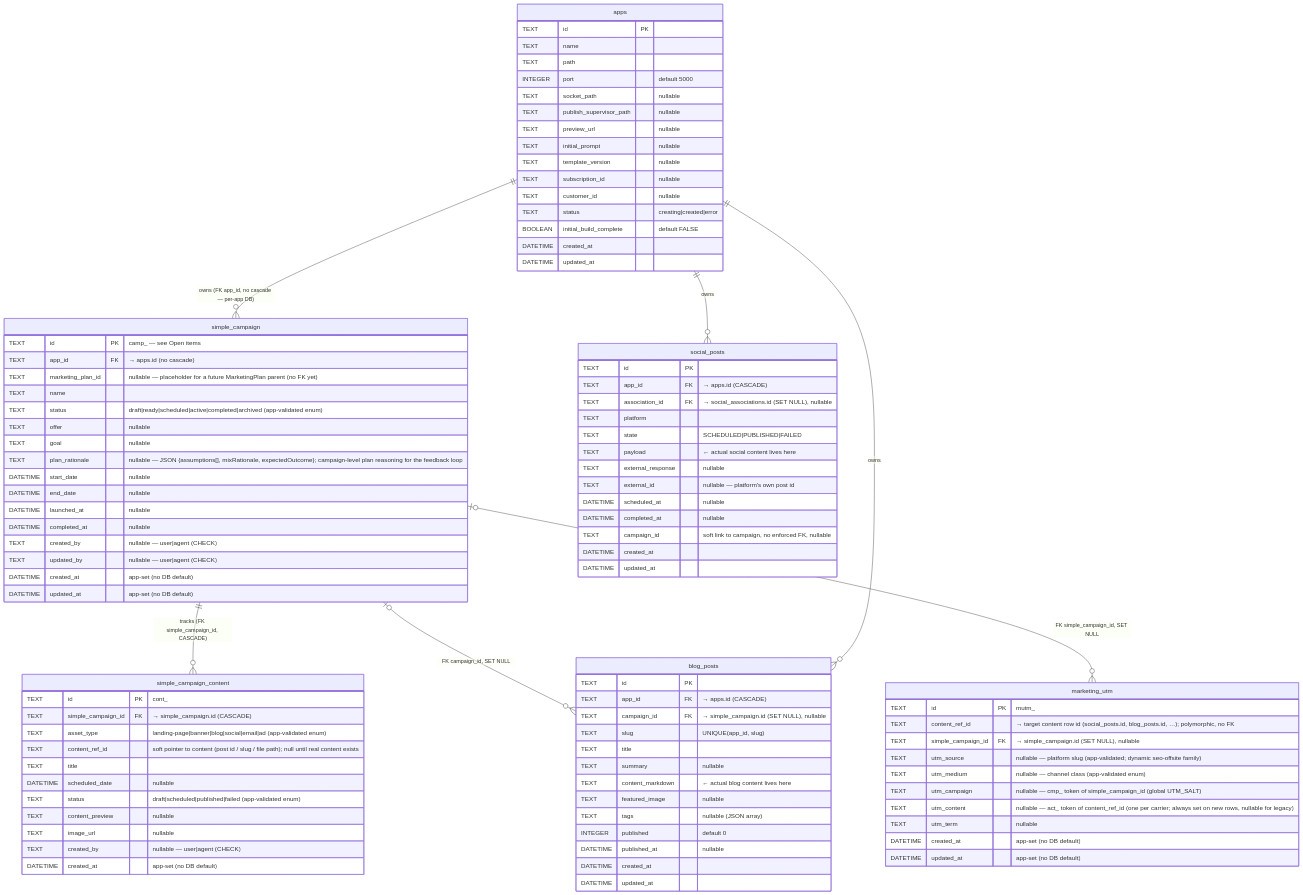
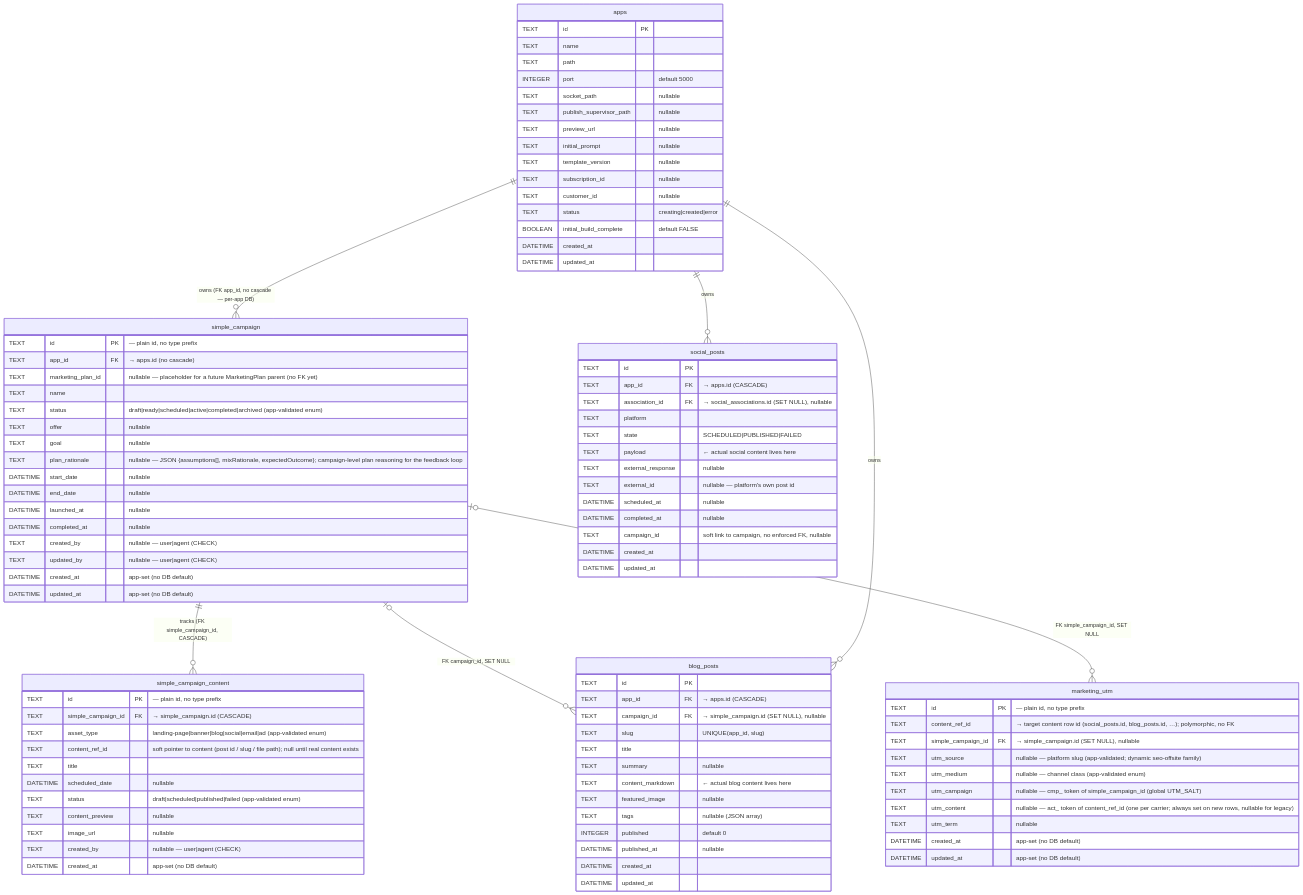
One commit to hsharif-godaddy/hackathon2026 changed the diagram in docs/marketing/campaigns/data-model.md. Above: the diagram before and after it, drawn with Mermaid. The commit also changed other lines of this file and 6 other files, not shown here.

First line of the commit message:
[RUBICON-443] : Use plain ids for campaign tables (drop camp_/cont_/mutm_ prefixes) (#5657)

```diff
--- a/docs/marketing/campaigns/data-model.md
+++ b/docs/marketing/campaigns/data-model.md
@@ -66,7 +66,7 @@
     }
 
     simple_campaign {
-        TEXT id PK "camp_<nanoid> — see Open items"
+        TEXT id PK "<nanoid(12)> — plain id, no type prefix"
         TEXT app_id FK "→ apps.id (no cascade)"
         TEXT marketing_plan_id "nullable — placeholder for a future MarketingPlan parent (no FK yet)"
         TEXT name
@@ -85,7 +85,7 @@
     }
 
     simple_campaign_content {
-        TEXT id PK "cont_<nanoid>"
+        TEXT id PK "<nanoid(12)> — plain id, no type prefix"
         TEXT simple_campaign_id FK "→ simple_campaign.id (CASCADE)"
         TEXT asset_type "landing-page|banner|blog|social|email|ad (app-validated enum)"
         TEXT content_ref_id "soft pointer to content (post id / slug / file path); null until real content exists"
@@ -99,7 +99,7 @@
     }
 
     marketing_utm {
-        TEXT id PK "mutm_<nanoid>"
+        TEXT id PK "<nanoid(12)> — plain id, no type prefix"
         TEXT content_ref_id "→ target content row id (social_posts.id, blog_posts.id, …); polymorphic, no FK"
         TEXT simple_campaign_id FK "→ simple_campaign.id (SET NULL), nullable"
         TEXT utm_source "nullable — platform slug (app-validated; dynamic seo-offsite family)"
```
